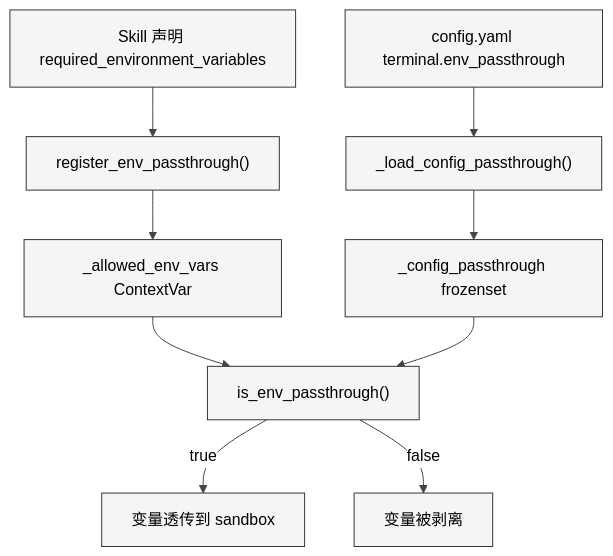
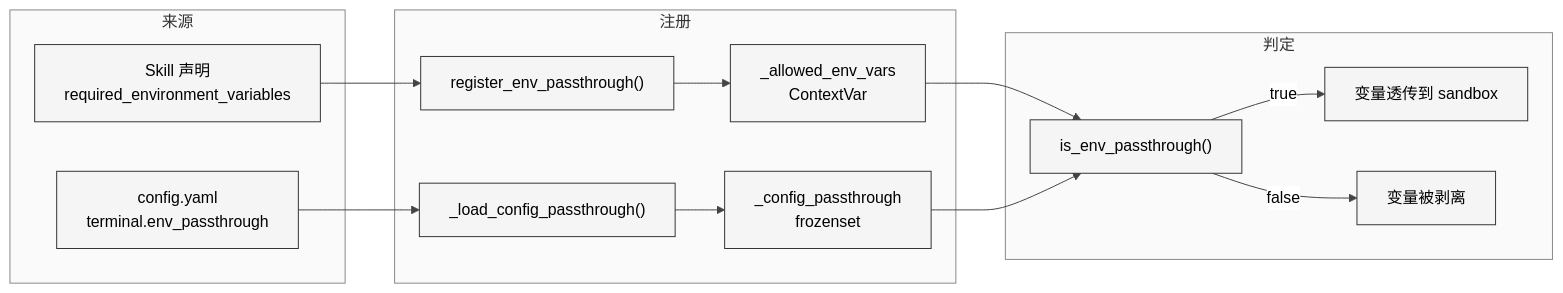
Before and after one commit to xiaonancs/hermes-agent-study: the second of 2 diagrams in Part II 源码分析/15-终端与沙箱执行.md, drawn with Mermaid. The commit also changed other lines of this file and 32 other files, not shown here.

First line of the commit message:
Mermaid 图表修复：白色背景板 + 长宽比优化

````diff
--- a/Part II 源码分析/15-终端与沙箱执行.md
+++ b/Part II 源码分析/15-终端与沙箱执行.md
@@ -133,12 +133,20 @@
 ```mermaid
 %%{init: {'theme': 'neutral', 'themeVariables': {'background': '#ffffff', 'primaryColor': '#f5f5f5', 'primaryTextColor': '#000000', 'primaryBorderColor': '#333333', 'lineColor': '#444444', 'textColor': '#000000', 'mainBkg': '#f5f5f5', 'nodeBorder': '#333333', 'clusterBkg': '#fafafa', 'clusterBorder': '#888888', 'edgeLabelBackground': '#ffffff'}}}%%
-flowchart TD
-    A["Skill 声明 required_environment_variables"] --> B["register_env_passthrough()"]
-    C["config.yaml terminal.env_passthrough"] --> D["_load_config_passthrough()"]
-    B --> E["_allowed_env_vars ContextVar"]
-    D --> F["_config_passthrough frozenset"]
-    E --> G["is_env_passthrough()"]
-    F --> G
-    G -->|"true"| H["变量透传到 sandbox"]
-    G -->|"false"| I["变量被剥离"]
+flowchart LR
+    subgraph sources ["来源"]
+        A["Skill 声明<br/>required_environment_variables"]
+        C["config.yaml<br/>terminal.env_passthrough"]
+    end
+    subgraph registry ["注册"]
+        A --> B["register_env_passthrough()"]
+        C --> D["_load_config_passthrough()"]
+        B --> E["_allowed_env_vars<br/>ContextVar"]
+        D --> F["_config_passthrough<br/>frozenset"]
+    end
+    subgraph decision ["判定"]
+        E --> G["is_env_passthrough()"]
+        F --> G
+        G -->|"true"| H["变量透传到 sandbox"]
+        G -->|"false"| I["变量被剥离"]
+    end
 ```
````
